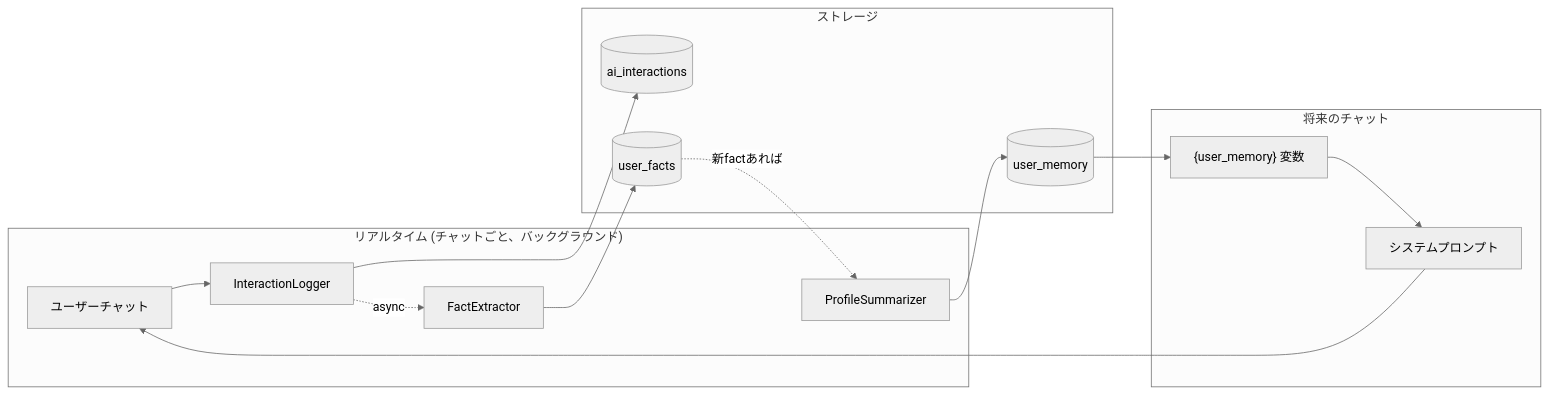
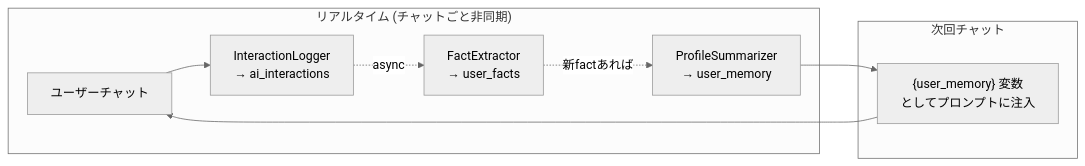
One commit to yu-min3/kensan changed the ninth of 12 diagrams in kensan-ai/ARCHITECTURE.md. Above: the diagram before and after it, drawn with Mermaid (neutral theme). The commit also changed other lines of this file and 117 other files, not shown here.

````diff
--- a/kensan-ai/ARCHITECTURE.md
+++ b/kensan-ai/ARCHITECTURE.md
@@ -996,31 +401,18 @@
 ```mermaid
 flowchart LR
-    subgraph "リアルタイム (チャットごと、バックグラウンド)"
-        Chat[ユーザーチャット]
-        Logger[InteractionLogger]
-        Extractor[FactExtractor]
-        Summarizer[ProfileSummarizer]
+    subgraph "リアルタイム (チャットごと非同期)"
+        Chat["ユーザーチャット"]
+        Log["InteractionLogger<br/>→ ai_interactions"]
+        Extract["FactExtractor<br/>→ user_facts"]
+        Profile["ProfileSummarizer<br/>→ user_memory"]
     end
 
-    subgraph "ストレージ"
-        Interactions[(ai_interactions)]
-        Facts[(user_facts)]
-        Memory[(user_memory)]
+    subgraph "次回チャット"
+        Variable["{user_memory} 変数<br/>としてプロンプトに注入"]
     end
 
-    subgraph "将来のチャット"
-        Variable["{user_memory}" 変数]
-        Prompt[システムプロンプト]
-    end
-
-    Chat --> Logger
-    Logger --> Interactions
-    Logger -.->|async| Extractor
-    Extractor --> Facts
-    Facts -.->|新factあれば| Summarizer
-    Summarizer --> Memory
-
-    Memory --> Variable
-    Variable --> Prompt
-    Prompt --> Chat
+    Chat --> Log
+    Log -.->|async| Extract
+    Extract -.->|新factあれば| Profile
+    Profile --> Variable --> Chat
 ```
````
